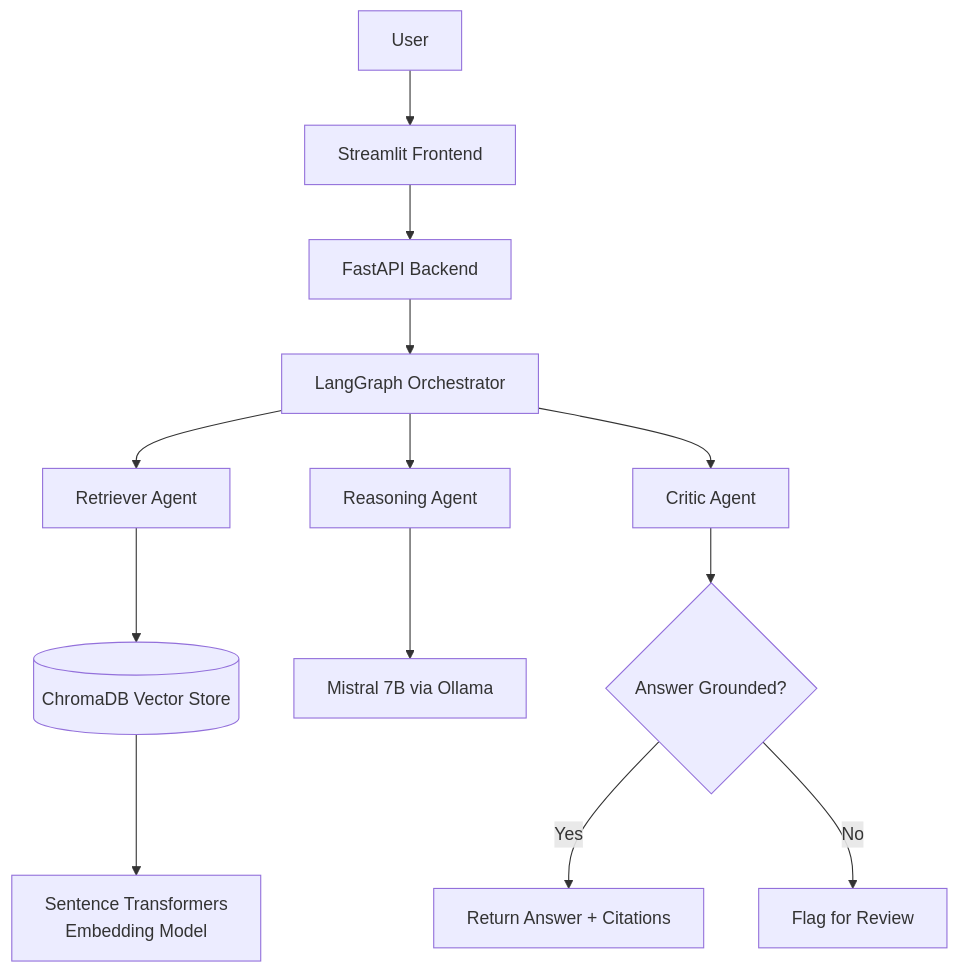
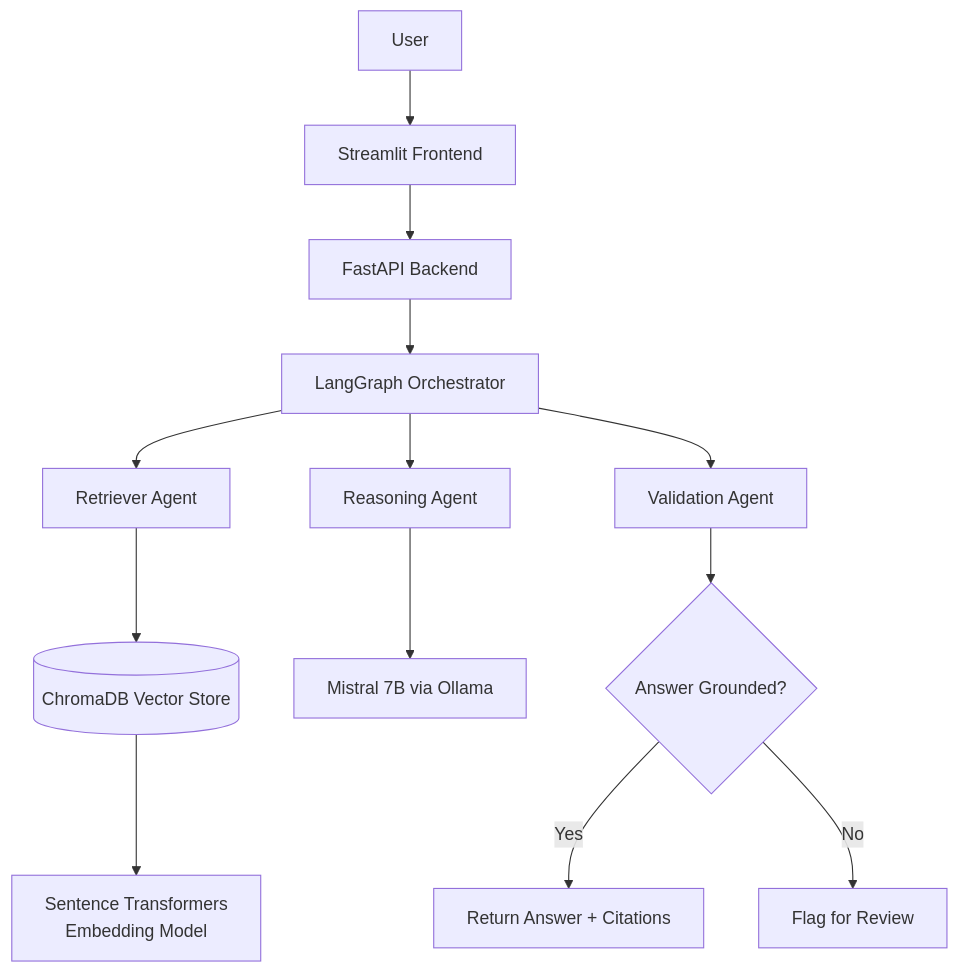
The diagram in README.md (Yazan-ys202110319/Multi-Agent-RAG-System), drawn with Mermaid before and after one commit.

````diff
--- a/README.md
+++ b/README.md
@@ -32,15 +32,15 @@
 ```mermaid
 flowchart TD
     A[User] --> B[Streamlit Frontend]
     B --> C[FastAPI Backend]
     C --> D[LangGraph Orchestrator]
     D --> E[Retriever Agent]
     D --> F[Reasoning Agent]
-    D --> G[Critic Agent]
+    D --> G[Validation Agent]
     E --> H[(ChromaDB Vector Store)]
     H --> I[Sentence Transformers\nEmbedding Model]
     F --> J[Mistral 7B via Ollama]
     G --> K{Answer Grounded?}
     K -->|Yes| L[Return Answer + Citations]
     K -->|No| M[Flag for Review]
 ```
````
